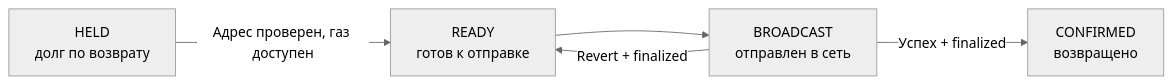
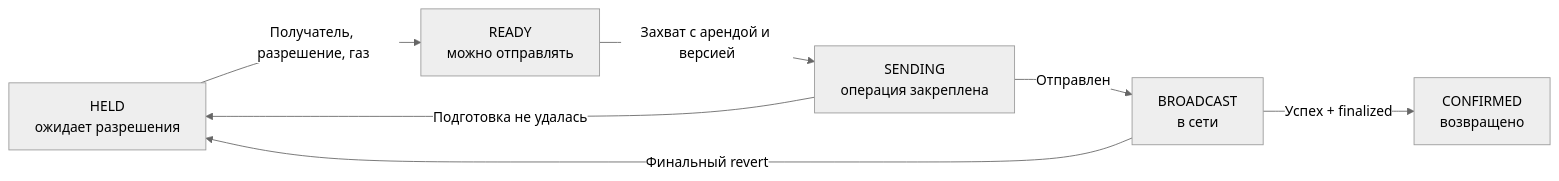
One commit to elliogh/crypto-payment-gateway changed the third of 3 diagrams in DESIGN.md. Above: the diagram before and after it, drawn with Mermaid (neutral theme). The commit also changed other lines of this file, not shown here.

````diff
--- a/DESIGN.md
+++ b/DESIGN.md
@@ -75,7 +68,9 @@
 ```mermaid
 flowchart LR
-    H["HELD<br/>долг по возврату"] -->|Адрес проверен, газ доступен| R["READY<br/>готов к отправке"]
-    R --> B["BROADCAST<br/>отправлен в сеть"]
+    H["HELD<br/>ожидает разрешения"] -->|Получатель, разрешение, газ| R["READY<br/>можно отправлять"]
+    R -->|Захват с арендой и версией| S["SENDING<br/>операция закреплена"]
+    S -->|Отправлен| B["BROADCAST<br/>в сети"]
     B -->|Успех + finalized| F["CONFIRMED<br/>возвращено"]
-    B -->|Revert + finalized| R
+    B -->|Финальный revert| H
+    S -->|Подготовка не удалась| H
 ```
````
